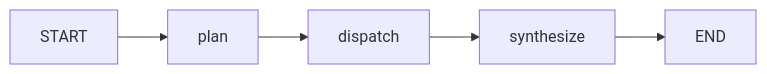
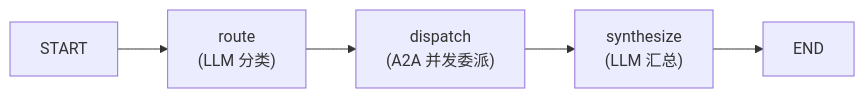
One commit to zhengyan417/YiTian_LearningCosmos changed the second of 3 diagrams in docs/architecture.md. Above: the diagram before and after it, drawn with Mermaid. The commit also changed other lines of this file and 131 other files, not shown here.

````diff
--- a/docs/architecture.md
+++ b/docs/architecture.md
@@ -116,7 +84,7 @@
 ```mermaid
 graph LR
-    START --> plan
-    plan --> dispatch
-    dispatch --> synthesize
+    START --> route["route\n(LLM 分类)"]
+    route --> dispatch["dispatch\n(A2A 并发委派)"]
+    dispatch --> synthesize["synthesize\n(LLM 汇总)"]
     synthesize --> END
 ```
````
